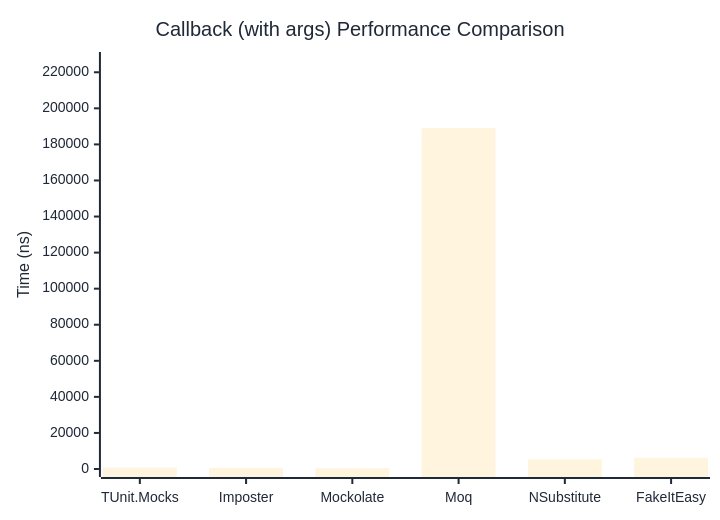
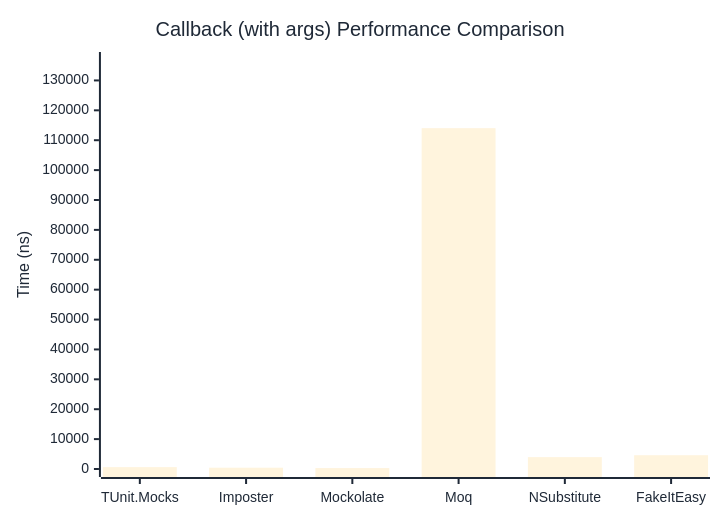
The second of 2 diagrams in docs/docs/benchmarks/mocks/Callback.md (thomhurst/TUnit), drawn with Mermaid before and after one commit. The commit also changed other lines of this file and 14 other files, not shown here.

````diff
--- a/docs/docs/benchmarks/mocks/Callback.md
+++ b/docs/docs/benchmarks/mocks/Callback.md
@@ -71,27 +71,27 @@
 ```mermaid
 %%{init: {
   'theme':'base',
   'themeVariables': {
     'primaryColor': '#2563eb',
     'primaryTextColor': '#1f2937',
     'primaryBorderColor': '#1e40af',
     'lineColor': '#6b7280',
     'secondaryColor': '#7c3aed',
     'tertiaryColor': '#dc2626',
     'background': '#ffffff',
     'pie1': '#2563eb',
     'pie2': '#7c3aed',
     'pie3': '#dc2626',
     'pie4': '#f59e0b',
     'pie5': '#10b981',
     'pie6': '#06b6d4',
     'pie7': '#ec4899',
     'pie8': '#6366f1'
   }
 }}%%
 xychart-beta
   title "Callback (with args) Performance Comparison"
   x-axis ["TUnit.Mocks", "Imposter", "Mockolate", "Moq", "NSubstitute", "FakeItEasy"]
-  y-axis "Time (ns)" 0 --> 226805
-  bar [766.6, 520.8, 399.1, 189004, 5342.8, 6223.2]
+  y-axis "Time (ns)" 0 --> 136836
+  bar [626.7, 433, 312.6, 114029.5, 3972.7, 4608.1]
 ```
````
